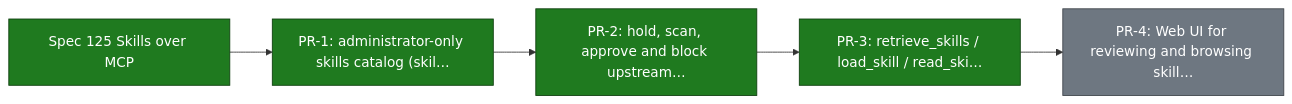
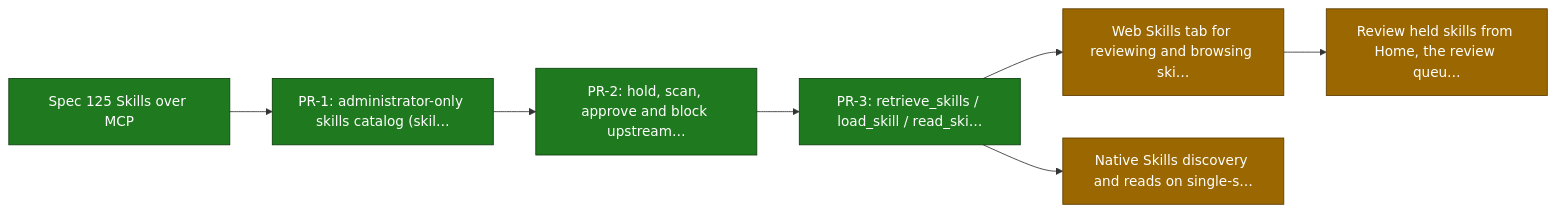
One commit to smart-mcp-proxy/mcpproxy-go changed diagram 13 of 31 in ROADMAP.md. Above: the diagram before and after it, drawn with Mermaid. The commit also changed other lines of this file and 1 other file, not shown here.

Commit message:
Track active Skills PRs and separate approved specs from implementation

````diff
--- a/ROADMAP.md
+++ b/ROADMAP.md
@@ -496,18 +496,22 @@
 ```mermaid
 graph LR
   skills_over_mcp_spec["Spec 125 Skills over MCP"]
   skills_over_mcp_catalog["PR-1: administrator-only skills catalog (skil…"]
   skills_over_mcp_gate["PR-2: hold, scan, approve and block upstream…"]
   skills_over_mcp_agent_tools["PR-3: retrieve_skills / load_skill / read_ski…"]
-  skills_over_mcp_web["PR-4: Web UI for reviewing and browsing skill…"]
+  skills_over_mcp_web["Web Skills tab for reviewing and browsing ski…"]
+  skills_over_mcp_native["Native Skills discovery and reads on single-s…"]
+  skills_over_mcp_review_queue["Review held skills from Home, the review queu…"]
 
   skills_over_mcp_spec --> skills_over_mcp_catalog
   skills_over_mcp_catalog --> skills_over_mcp_gate
   skills_over_mcp_gate --> skills_over_mcp_agent_tools
   skills_over_mcp_agent_tools --> skills_over_mcp_web
+  skills_over_mcp_agent_tools --> skills_over_mcp_native
+  skills_over_mcp_web --> skills_over_mcp_review_queue
 
   classDef done fill:#1f7a1f,stroke:#0d3d0d,color:#ffffff;
-  classDef todo fill:#6e7781,stroke:#3d4248,color:#ffffff;
+  classDef in_review fill:#9a6700,stroke:#5c3d00,color:#ffffff;
   class skills_over_mcp_spec,skills_over_mcp_catalog,skills_over_mcp_gate,skills_over_mcp_agent_tools done;
-  class skills_over_mcp_web todo;
+  class skills_over_mcp_web,skills_over_mcp_native,skills_over_mcp_review_queue in_review;
 ```
````
